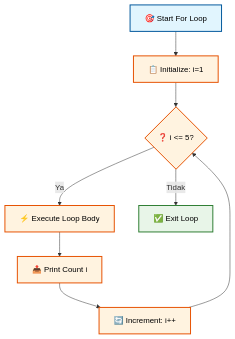
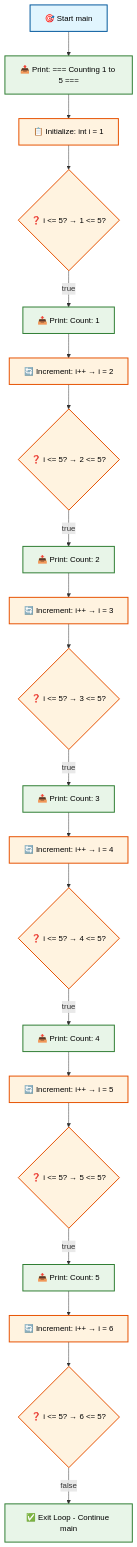
One commit to antonprafanto/flutter changed the fifth of 15 diagrams in minggu2.md. Above: the diagram before and after it, drawn with Mermaid. The commit also changed other lines of this file, not shown here.

````diff
--- a/minggu2.md
+++ b/minggu2.md
@@ -294,18 +332,43 @@
 ```mermaid
 flowchart TD
-    A[🎯 Start For Loop] --> B[📋 Initialize: i=1]
-    B --> C{❓ i <= 5?}
-    C -->|Ya| D[⚡ Execute Loop Body]
-    D --> E[📤 Print Count i]
-    E --> F[🔄 Increment: i++]
-    F --> C
-    C -->|Tidak| G[✅ Exit Loop]
+    A[🎯 Start main] --> B[📤 Print: === Counting 1 to 5 ===]
+    B --> C[📋 Initialize: int i = 1]
+    C --> D{❓ i <= 5? → 1 <= 5?}
+    D -->|true| E[📤 Print: Count: 1]
+    E --> F[🔄 Increment: i++ → i = 2]
+    F --> G{❓ i <= 5? → 2 <= 5?}
+    G -->|true| H[📤 Print: Count: 2]
+    H --> I[🔄 Increment: i++ → i = 3]
+    I --> J{❓ i <= 5? → 3 <= 5?}
+    J -->|true| K[📤 Print: Count: 3]
+    K --> L[🔄 Increment: i++ → i = 4]
+    L --> M{❓ i <= 5? → 4 <= 5?}
+    M -->|true| N[📤 Print: Count: 4]
+    N --> O[🔄 Increment: i++ → i = 5]
+    O --> P{❓ i <= 5? → 5 <= 5?}
+    P -->|true| Q[📤 Print: Count: 5]
+    Q --> R[🔄 Increment: i++ → i = 6]
+    R --> S{❓ i <= 5? → 6 <= 5?}
+    S -->|false| T[✅ Exit Loop - Continue main]
     
     style A fill:#e1f5fe,stroke:#01579b,stroke-width:2px,color:#000
-    style B fill:#fff3e0,stroke:#e65100,stroke-width:2px,color:#000
+    style B fill:#e8f5e8,stroke:#2e7d32,stroke-width:2px,color:#000
     style C fill:#fff3e0,stroke:#e65100,stroke-width:2px,color:#000
     style D fill:#fff3e0,stroke:#e65100,stroke-width:2px,color:#000
-    style E fill:#fff3e0,stroke:#e65100,stroke-width:2px,color:#000
+    style E fill:#e8f5e8,stroke:#2e7d32,stroke-width:2px,color:#000
     style F fill:#fff3e0,stroke:#e65100,stroke-width:2px,color:#000
-    style G fill:#e8f5e8,stroke:#2e7d32,stroke-width:2px,color:#000
+    style G fill:#fff3e0,stroke:#e65100,stroke-width:2px,color:#000
+    style H fill:#e8f5e8,stroke:#2e7d32,stroke-width:2px,color:#000
+    style I fill:#fff3e0,stroke:#e65100,stroke-width:2px,color:#000
+    style J fill:#fff3e0,stroke:#e65100,stroke-width:2px,color:#000
+    style K fill:#e8f5e8,stroke:#2e7d32,stroke-width:2px,color:#000
+    style L fill:#fff3e0,stroke:#e65100,stroke-width:2px,color:#000
+    style M fill:#fff3e0,stroke:#e65100,stroke-width:2px,color:#000
+    style N fill:#e8f5e8,stroke:#2e7d32,stroke-width:2px,color:#000
+    style O fill:#fff3e0,stroke:#e65100,stroke-width:2px,color:#000
+    style P fill:#fff3e0,stroke:#e65100,stroke-width:2px,color:#000
+    style Q fill:#e8f5e8,stroke:#2e7d32,stroke-width:2px,color:#000
+    style R fill:#fff3e0,stroke:#e65100,stroke-width:2px,color:#000
+    style S fill:#fff3e0,stroke:#e65100,stroke-width:2px,color:#000
+    style T fill:#e8f5e8,stroke:#2e7d32,stroke-width:2px,color:#000
 ```
````
